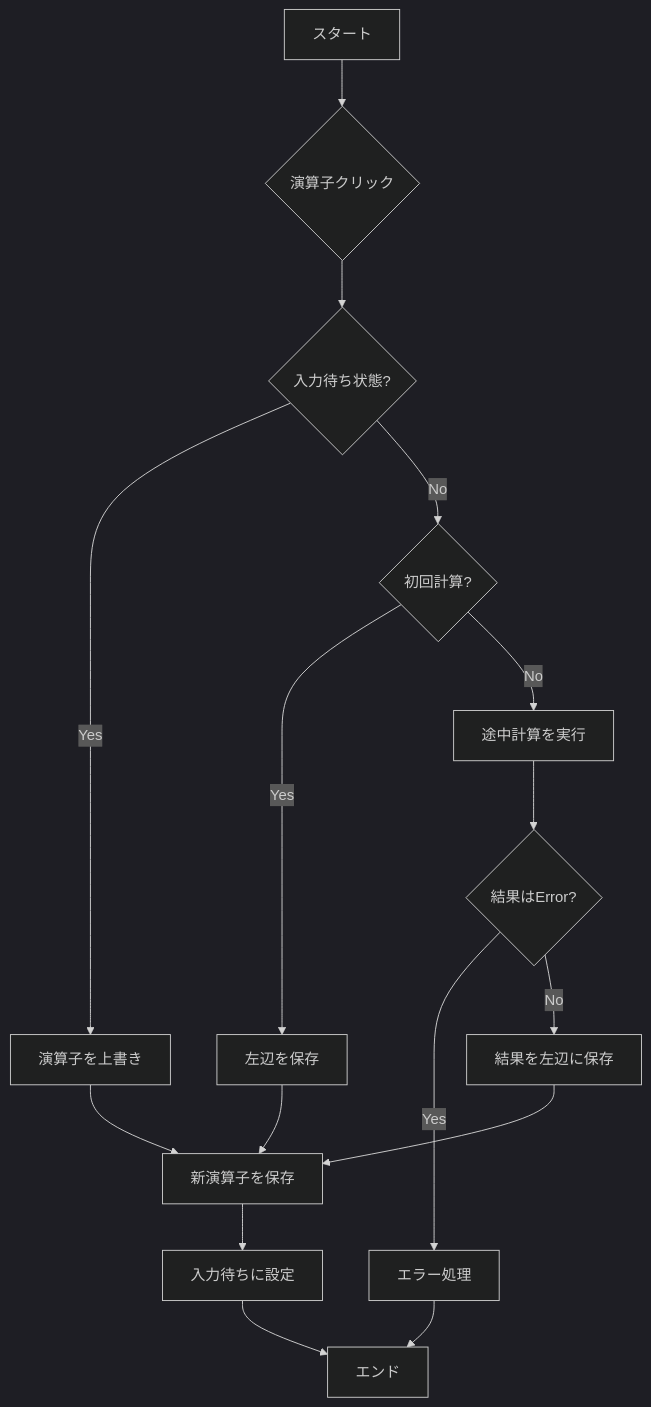
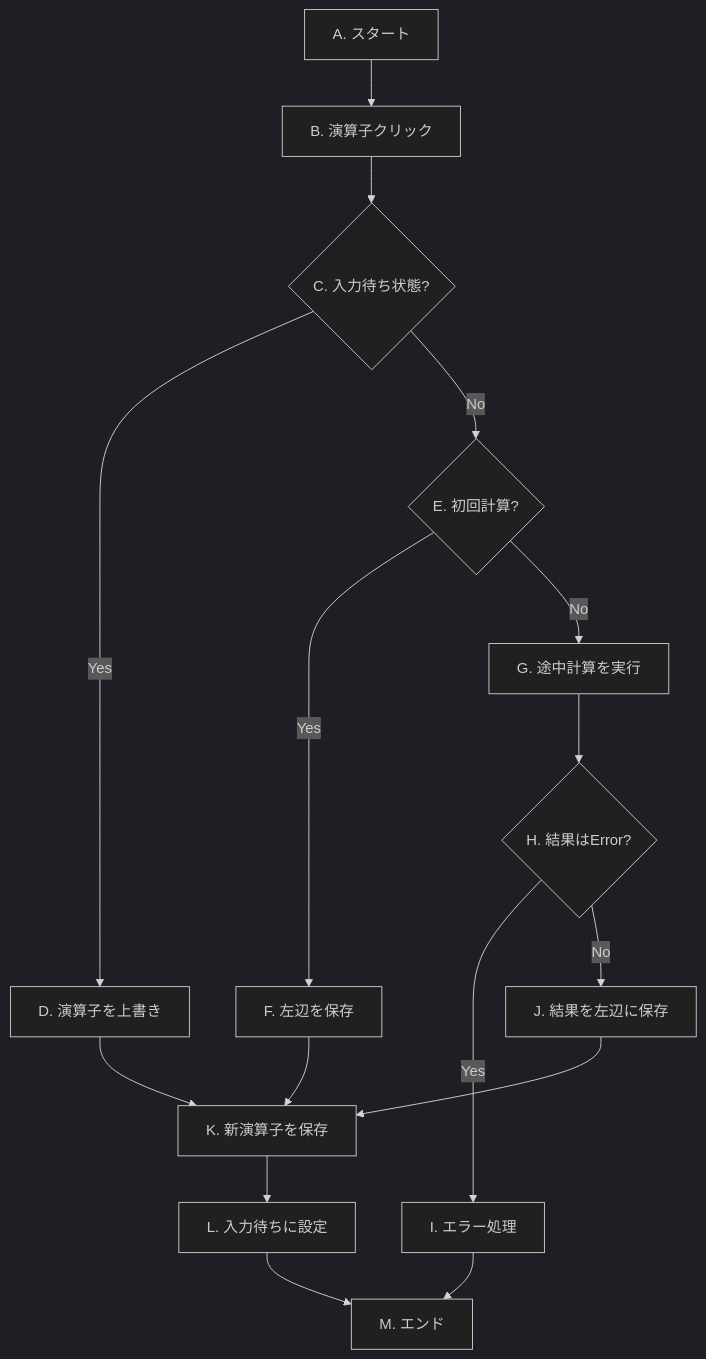
Before and after one commit to jun1waka/OIC2025-Front03: the fourth of 4 diagrams in README.md, drawn with Mermaid (dark theme). The commit also changed other lines of this file, not shown here.

````diff
--- a/README.md
+++ b/README.md
@@ -419,15 +419,15 @@
 ```mermaid
 graph TD
-    A["スタート"] --> B{"演算子クリック"};
-    B --> C{"入力待ち状態?"};
-    C -- Yes --> D["演算子を上書き"];
-    C -- No --> E{"初回計算?"};
-    E -- Yes --> F["左辺を保存"];
-    E -- No --> G["途中計算を実行"];
-    G --> H{"結果はError?"};
-    H -- Yes --> I["エラー処理"];
-    H -- No --> J["結果を左辺に保存"];
-    D & F & J --> K["新演算子を保存"];
-    K --> L["入力待ちに設定"];
-    I & L --> M["エンド"];
+    A["A. スタート"] --> B["B. 演算子クリック"];
+    B --> C{"C. 入力待ち状態?"};
+    C -- Yes --> D["D. 演算子を上書き"];
+    C -- No --> E{"E. 初回計算?"};
+    E -- Yes --> F["F. 左辺を保存"];
+    E -- No --> G["G. 途中計算を実行"];
+    G --> H{"H. 結果はError?"};
+    H -- Yes --> I["I. エラー処理"];
+    H -- No --> J["J. 結果を左辺に保存"];
+    D & F & J --> K["K. 新演算子を保存"];
+    K --> L["L. 入力待ちに設定"];
+    I & L --> M["M. エンド"];
 ```
````
